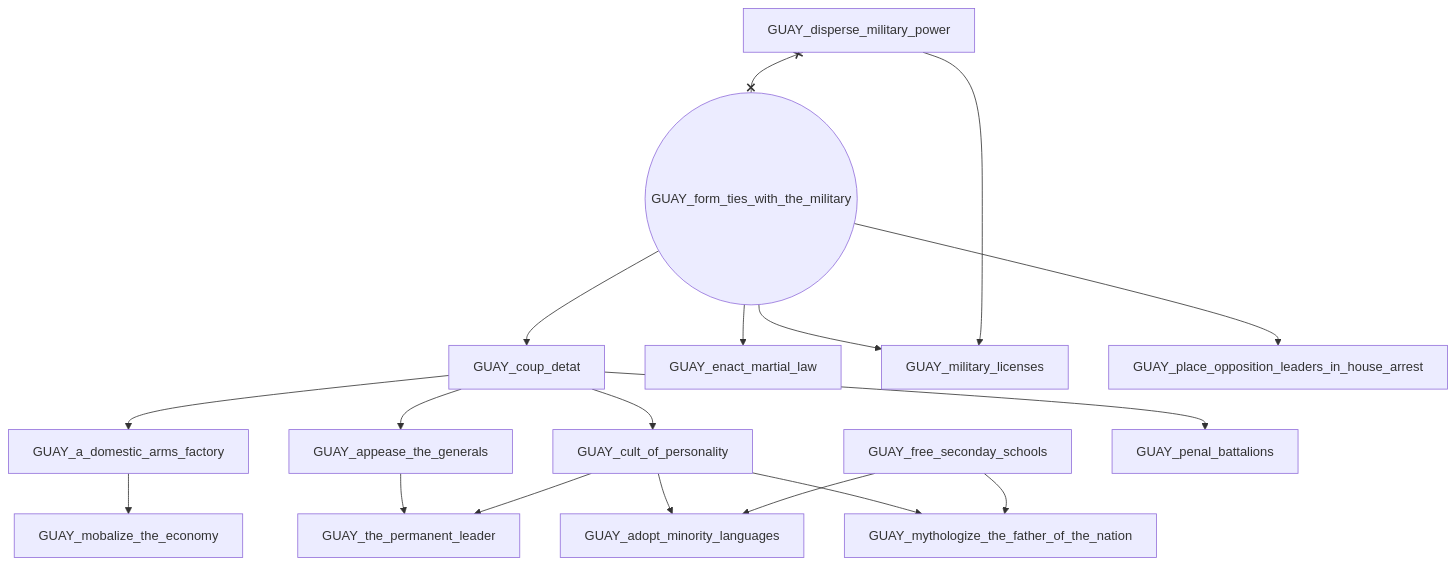
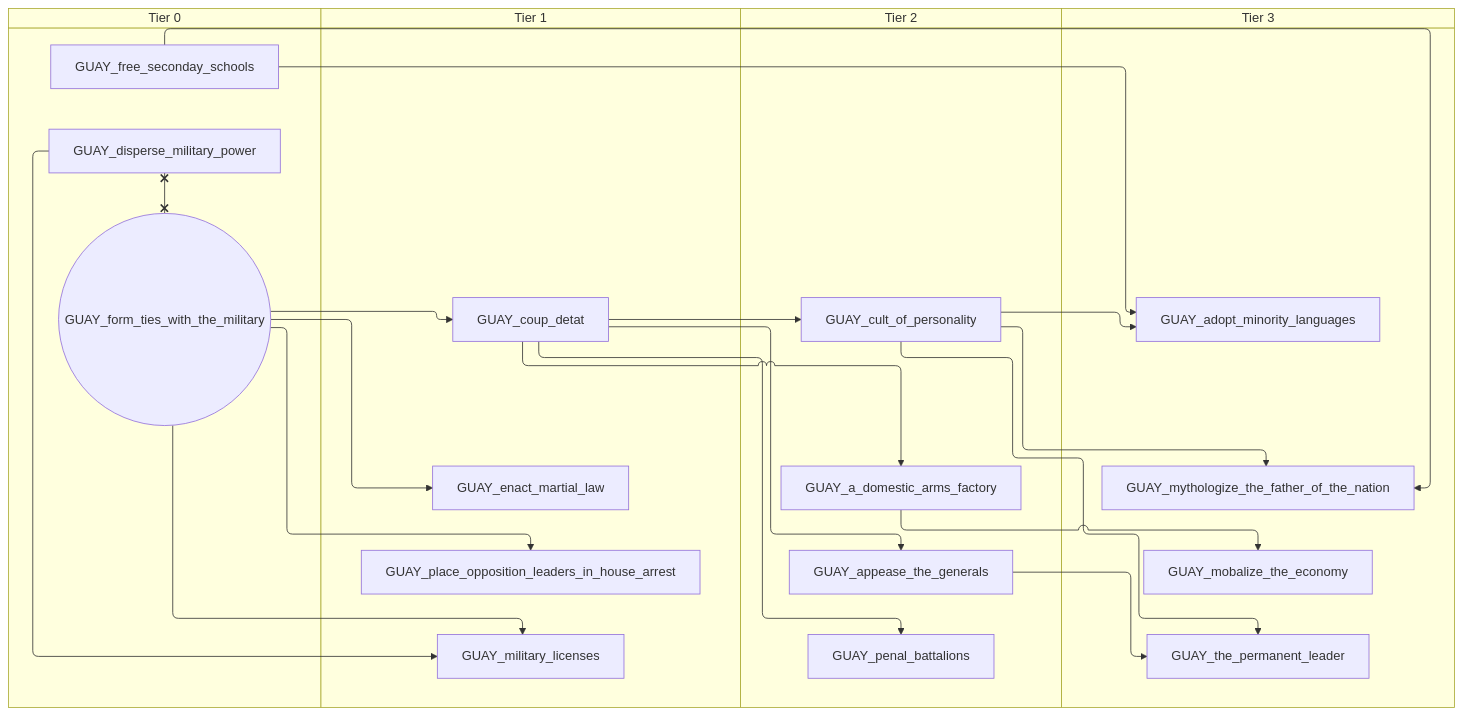
The second of 7 diagrams in docs/gdd/National Focuses/paraguay_uruguay_shared_branch.md (evgeny-sobol/hoi4-sandbox-mode-r56), drawn with Mermaid before and after one commit. The commit also changed other lines of this file and 423 other files, not shown here.

First line of the commit message:
Re-export Rt56 focus trees as swimlane diagrams

````diff
--- a/docs/gdd/National Focuses/paraguay_uruguay_shared_branch.md
+++ b/docs/gdd/National Focuses/paraguay_uruguay_shared_branch.md
@@ -42,35 +54,43 @@
 ```mermaid
-flowchart TD
-    n16["GUAY_a_domestic_arms_factory"]
-    n2["GUAY_adopt_minority_languages"]
-    n17["GUAY_appease_the_generals"]
-    n18["GUAY_coup_detat"]
-    n4["GUAY_cult_of_personality"]
-    n6["GUAY_disperse_military_power"]
-    n19["GUAY_enact_martial_law"]
-    n7(("GUAY_form_ties_with_the_military"))
-    n8["GUAY_free_seconday_schools"]
-    n10["GUAY_military_licenses"]
-    n20["GUAY_mobalize_the_economy"]
-    n11["GUAY_mythologize_the_father_of_the_nation"]
-    n21["GUAY_penal_battalions"]
-    n22["GUAY_place_opposition_leaders_in_house_arrest"]
-    n23["GUAY_the_permanent_leader"]
-    n18 --> n16
-    n4 --> n2
-    n8 --> n2
-    n18 --> n17
-    n7 --> n18
-    n18 --> n4
-    n7 --> n19
-    n7 --> n10
-    n6 --> n10
+swimlane-beta TD
+    subgraph tier_0["Tier 0"]
+        n2["GUAY_disperse_military_power"]
+        n3(("GUAY_form_ties_with_the_military"))
+        n10["GUAY_free_seconday_schools"]
+    end
+    subgraph tier_1["Tier 1"]
+        n16["GUAY_coup_detat"]
+        n17["GUAY_enact_martial_law"]
+        n4["GUAY_military_licenses"]
+        n18["GUAY_place_opposition_leaders_in_house_arrest"]
+    end
+    subgraph tier_2["Tier 2"]
+        n19["GUAY_a_domestic_arms_factory"]
+        n20["GUAY_appease_the_generals"]
+        n1["GUAY_cult_of_personality"]
+        n21["GUAY_penal_battalions"]
+    end
+    subgraph tier_3["Tier 3"]
+        n11["GUAY_adopt_minority_languages"]
+        n22["GUAY_mobalize_the_economy"]
+        n12["GUAY_mythologize_the_father_of_the_nation"]
+        n23["GUAY_the_permanent_leader"]
+    end
+    n16 --> n19
+    n1 --> n11
+    n10 --> n11
     n16 --> n20
-    n4 --> n11
-    n8 --> n11
-    n18 --> n21
-    n7 --> n22
-    n17 --> n23
-    n4 --> n23
-    n6 x--x n7
+    n3 --> n16
+    n16 --> n1
+    n3 --> n17
+    n3 --> n4
+    n2 --> n4
+    n19 --> n22
+    n1 --> n12
+    n10 --> n12
+    n16 --> n21
+    n3 --> n18
+    n20 --> n23
+    n1 --> n23
+    n2 x--x n3
 ```
````
